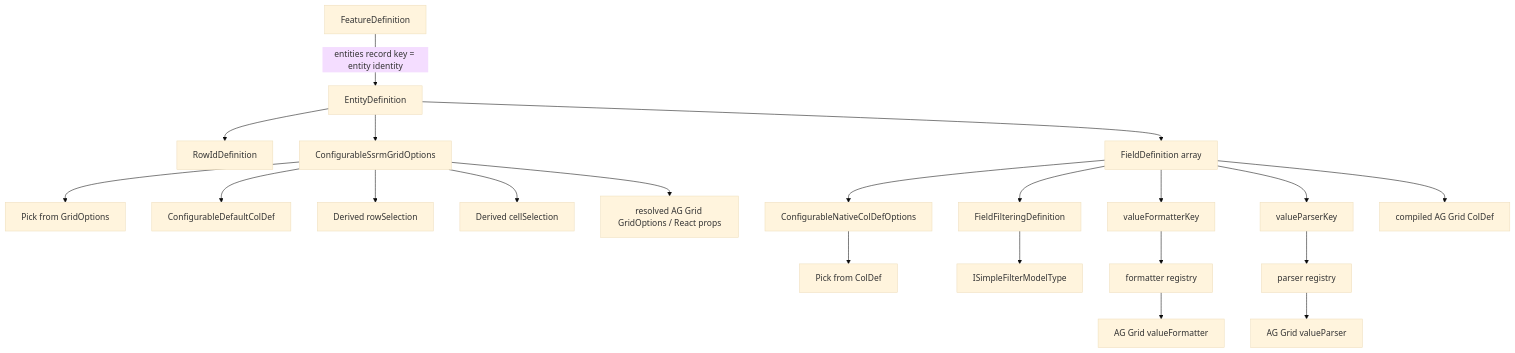
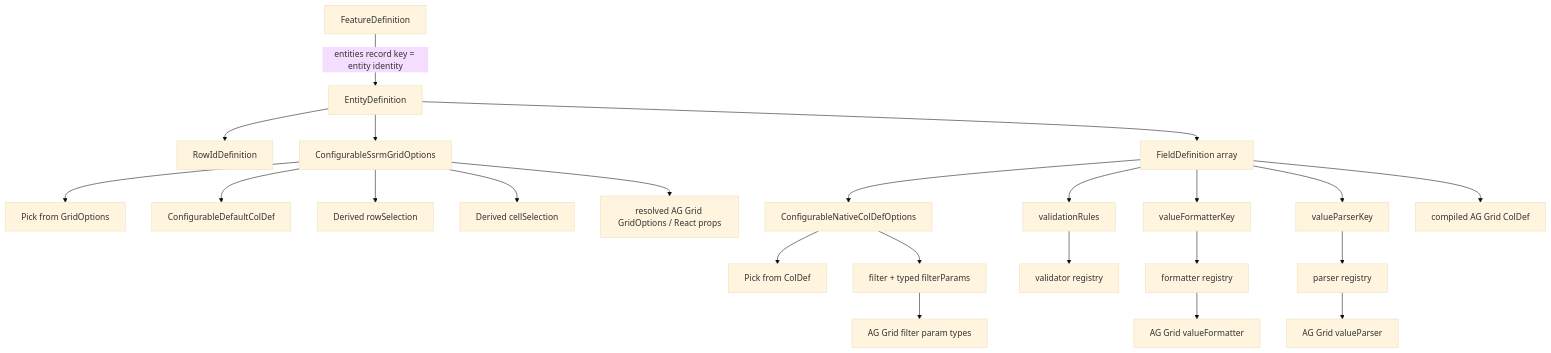
Before and after one commit to deepanshu-ahuja/aggrid-infinite-ssrm: the diagram in docs/configurable-feature/type-hierarchy.md, drawn with Mermaid (base theme). The commit also changed other lines of this file, not shown here.

Commit message:
docs: update configurable type hierarchy

````diff
--- a/docs/configurable-feature/type-hierarchy.md
+++ b/docs/configurable-feature/type-hierarchy.md
@@ -61,23 +61,25 @@
 ```mermaid
 flowchart TD
     F[FeatureDefinition] -->|entities record key = entity identity| E[EntityDefinition]
     E --> R[RowIdDefinition]
     E --> GO[ConfigurableSsrmGridOptions]
     GO --> GP[Pick from GridOptions]
     GO --> D[ConfigurableDefaultColDef]
     GO --> RS[Derived rowSelection]
     GO --> CS[Derived cellSelection]
     E --> FD[FieldDefinition array]
     FD --> N[ConfigurableNativeColDefOptions]
     N --> CP[Pick from ColDef]
-    FD --> FIL[FieldFilteringDefinition]
-    FIL --> SFM[ISimpleFilterModelType]
+    N --> FIL[filter + typed filterParams]
+    FIL --> FP[AG Grid filter param types]
+    FD --> VAL[validationRules]
+    VAL --> VR[validator registry]
     FD --> FMT[valueFormatterKey]
     FD --> PAR[valueParserKey]
     FMT --> FR[formatter registry]
     PAR --> PR[parser registry]
     FR --> VF[AG Grid valueFormatter]
     PR --> VP[AG Grid valueParser]
     FD --> CD[compiled AG Grid ColDef]
     GO --> GRID[resolved AG Grid GridOptions / React props]
 ```
````
